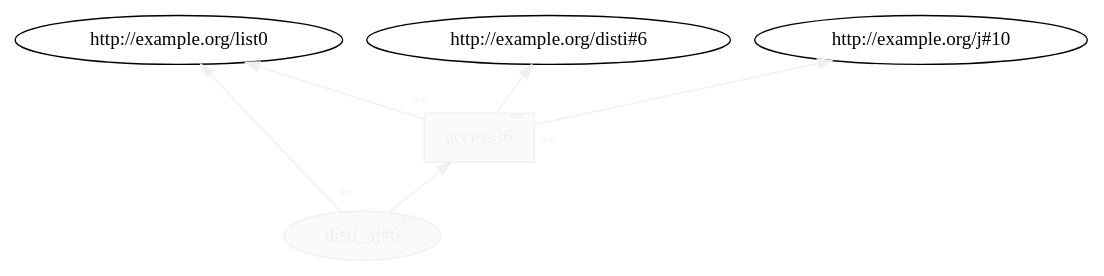
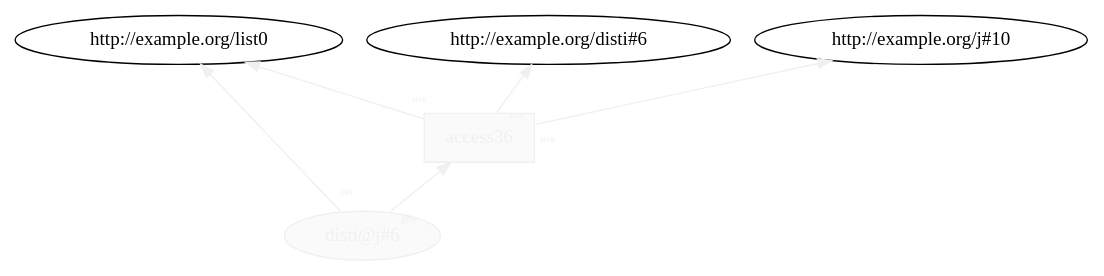
The diagram in generated/prov_dictionary/temp/L20__access_4.dot (dew-uff/versioned-prov), drawn with Graphviz before and after one commit. The commit also changed 1178 other files, not shown here.

```diff
--- a/generated/prov_dictionary/temp/L20__access_4.dot
+++ b/generated/prov_dictionary/temp/L20__access_4.dot
@@ -1,9 +1,9 @@
 digraph "PROV" { size="16,12"; rankdir="BT";
-"http://example.org/disti_aj#6" [fillcolor="#FAFAFA",color="#F0F0F0",style="filled",fontcolor="#F0F0F0",label="disti_aj#6",URL="http://example.org/disti_aj#6"]
+"http://example.org/disti@j#6" [fillcolor="#FAFAFA",color="#F0F0F0",style="filled",fontcolor="#F0F0F0",label="disti@j#6",URL="http://example.org/disti@j#6"]
 "http://example.org/access36" [fillcolor="#FAFAFA",color="#F0F0F0",shape="polygon",sides="4",style="filled",fontcolor="#F0F0F0",label="access36",URL="http://example.org/access36"]
-"http://example.org/disti_aj#6" -> "http://example.org/list0" [labelfontsize="8",labeldistance="1.5",labelangle="60.0",rotation="20",taillabel="der",fontcolor="#F0F0F0",color="#F0F0F0"]
+"http://example.org/disti@j#6" -> "http://example.org/list0" [labelfontsize="8",labeldistance="1.5",labelangle="60.0",rotation="20",taillabel="der",fontcolor="#F0F0F0",color="#F0F0F0"]
 "http://example.org/access36" -> "http://example.org/disti#6" [labelfontsize="8",labeldistance="1.5",labelangle="60.0",rotation="20",taillabel="use",fontcolor="#F0F0F0",color="#F0F0F0"]
 "http://example.org/access36" -> "http://example.org/j#10" [labelfontsize="8",labeldistance="1.5",labelangle="60.0",rotation="20",taillabel="use",fontcolor="#F0F0F0",color="#F0F0F0"]
 "http://example.org/access36" -> "http://example.org/list0" [labelfontsize="8",labeldistance="1.5",labelangle="60.0",rotation="20",taillabel="use",fontcolor="#F0F0F0",color="#F0F0F0"]
-"http://example.org/disti_aj#6" -> "http://example.org/access36" [labelfontsize="8",labeldistance="1.5",labelangle="60.0",rotation="20",taillabel="gen",fontcolor="#F0F0F0",color="#F0F0F0"]
+"http://example.org/disti@j#6" -> "http://example.org/access36" [labelfontsize="8",labeldistance="1.5",labelangle="60.0",rotation="20",taillabel="gen",fontcolor="#F0F0F0",color="#F0F0F0"]
 }
```
